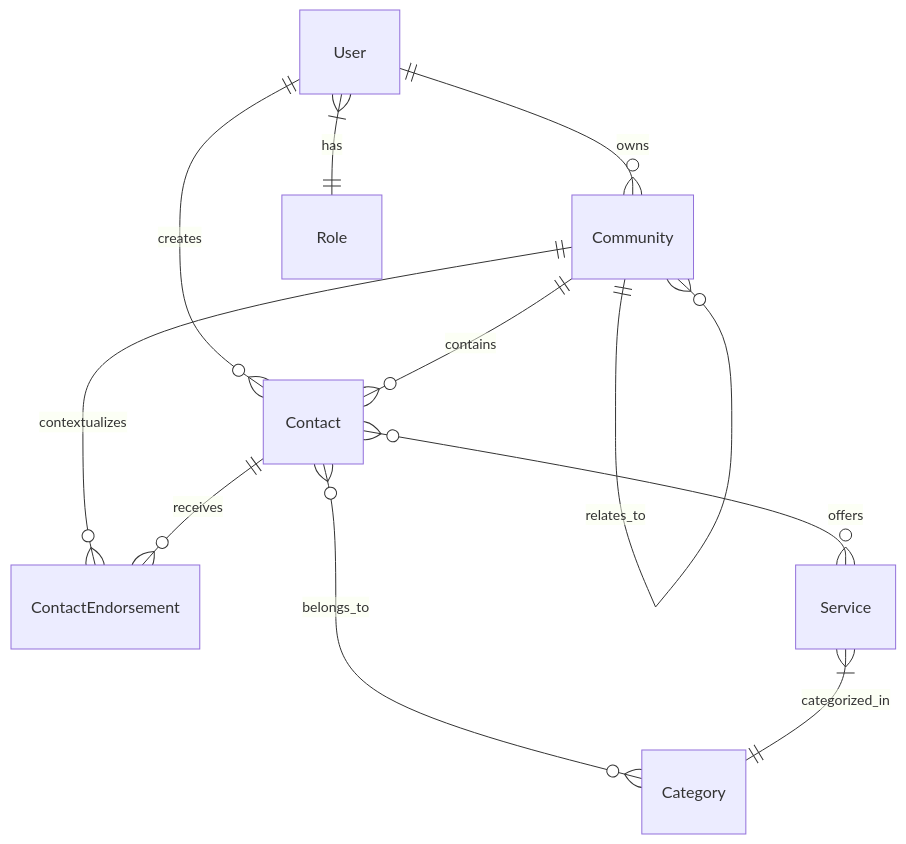
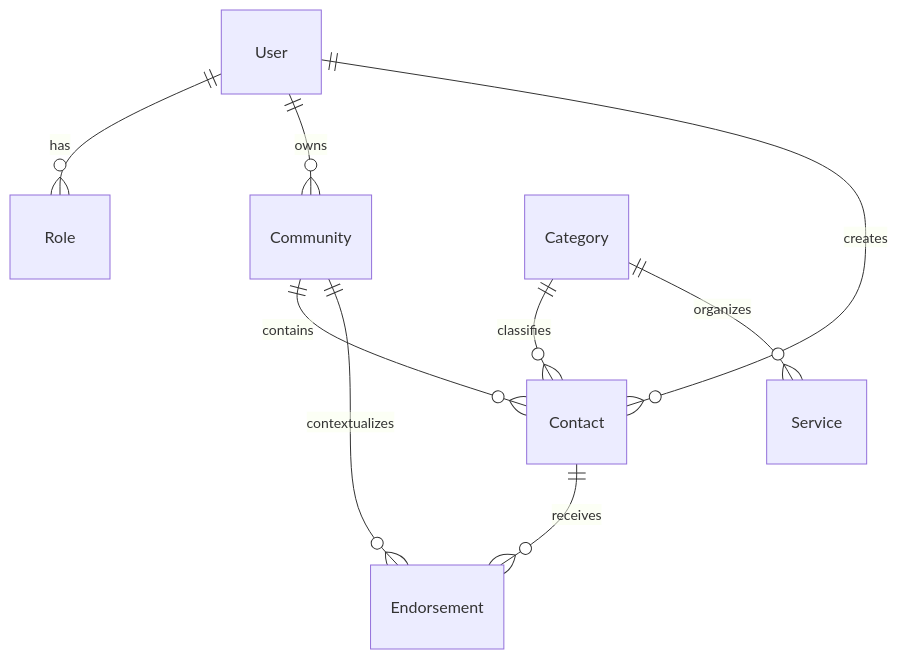
Before and after one commit to 47products/Neighbour-Approved: the third of 6 diagrams in docs/database-design.md, drawn with Mermaid. The commit also changed other lines of this file and 8 other files, not shown here.

````diff
--- a/docs/database-design.md
+++ b/docs/database-design.md
@@ -88,16 +65,13 @@
 ```mermaid
 erDiagram
-    User ||--o{ Community : owns
-    User ||--o{ Contact : creates
-    User }|--|| Role : has
-    
-    Community ||--o{ Contact : contains
-    Community ||--o{ ContactEndorsement : contextualizes
-    Community ||--o{ Community : relates_to
-    
-    Contact ||--o{ ContactEndorsement : receives
-    Contact }o--o{ Category : belongs_to
-    Contact }o--o{ Service : offers
-    
-    Service }|--|| Category : categorized_in
+    User ||--o{ Role : "has"
+    User ||--o{ Community : "owns"
+    User ||--o{ Contact : "creates"
+
+    Community ||--o{ Contact : "contains"
+    Community ||--o{ Endorsement : "contextualizes"
+    Contact ||--o{ Endorsement : "receives"
+
+    Category ||--o{ Contact : "classifies"
+    Category ||--o{ Service : "organizes"
 ```
````
